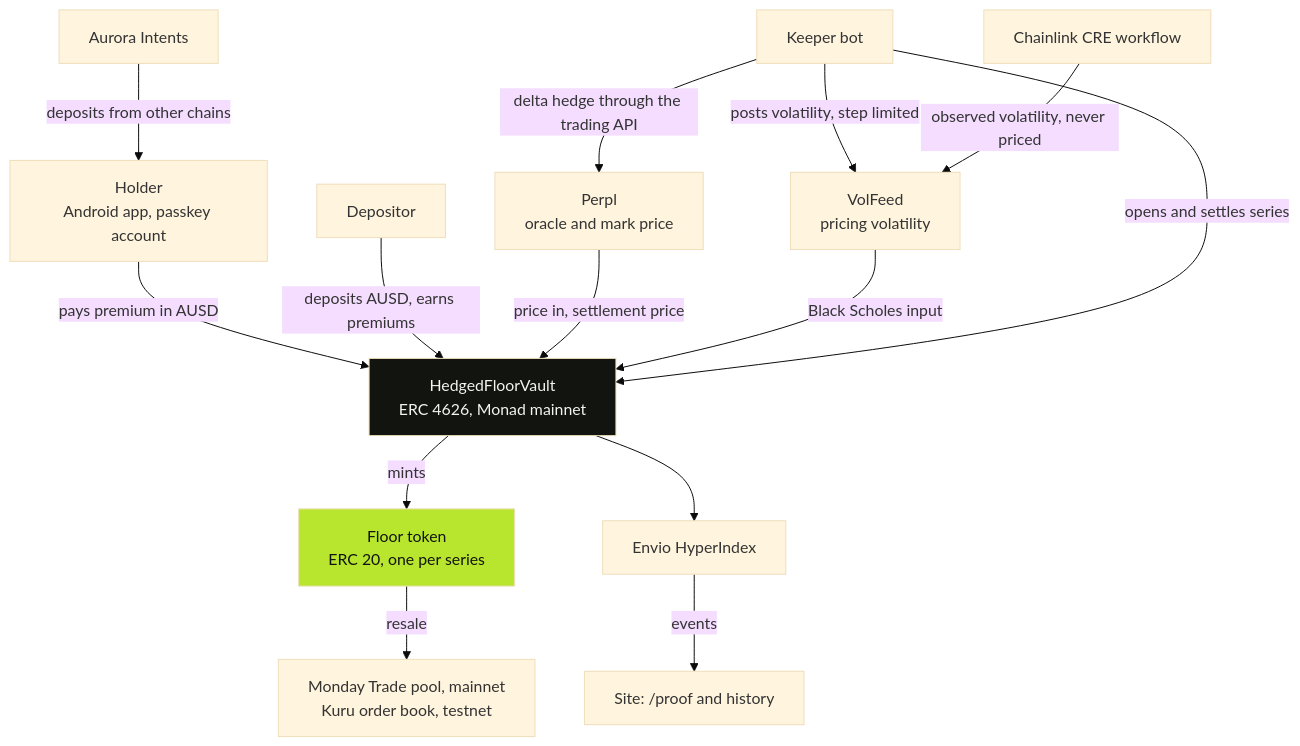
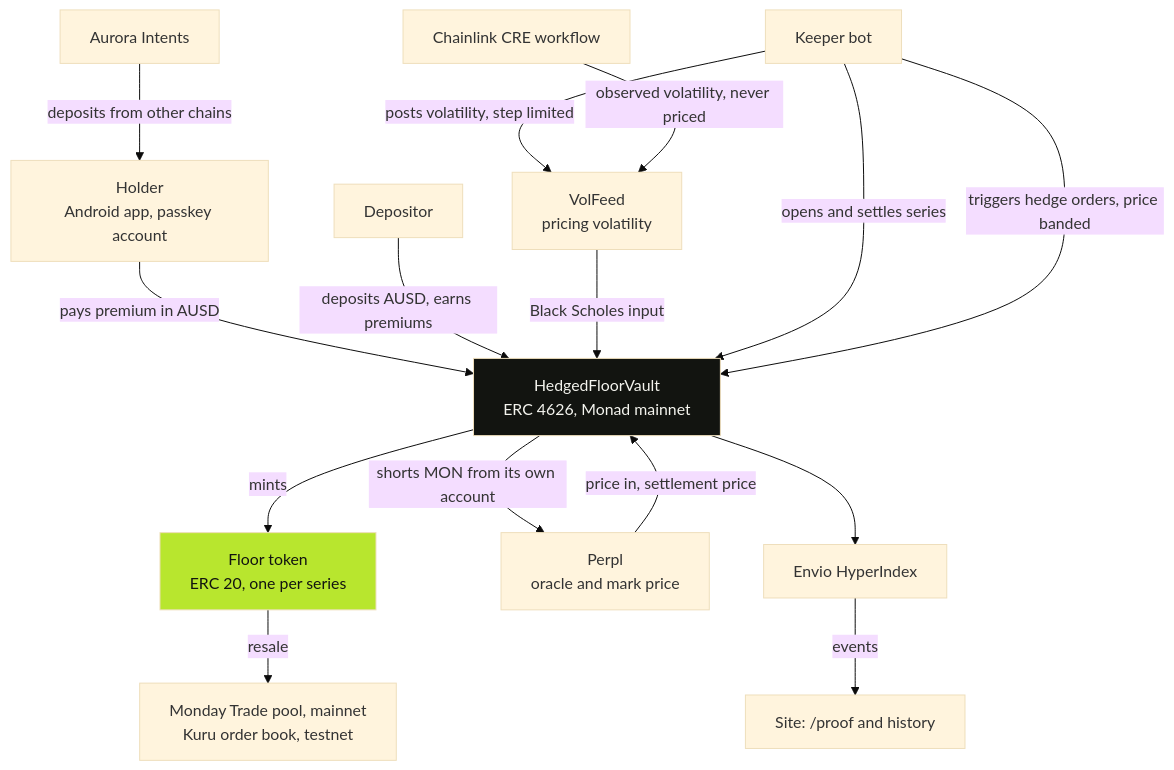
The diagram in README.md (jenzylove/floorline), drawn with Mermaid (base theme) before and after one commit. The commit also changed other lines of this file and 5 other files, not shown here.

````diff
--- a/README.md
+++ b/README.md
@@ -77,19 +77,20 @@
 ```mermaid
 flowchart TD
     U[Holder<br/>Android app, passkey account] -->|pays premium in AUSD| V[HedgedFloorVault<br/>ERC 4626, Monad mainnet]
     D[Depositor] -->|deposits AUSD, earns premiums| V
     V -->|mints| T[Floor token<br/>ERC 20, one per series]
     P[Perpl<br/>oracle and mark price] -->|price in, settlement price| V
     VF[VolFeed<br/>pricing volatility] -->|Black Scholes input| V
     K[Keeper bot] -->|posts volatility, step limited| VF
     K -->|opens and settles series| V
-    K -->|delta hedge through the trading API| P
+    K -->|triggers hedge orders, price banded| V
+    V -->|shorts MON from its own account| P
     C[Chainlink CRE workflow] -->|observed volatility, never priced| VF
     T -->|resale| M[Monday Trade pool, mainnet<br/>Kuru order book, testnet]
     A[Aurora Intents] -->|deposits from other chains| U
     E[Envio HyperIndex] -->|events| W[Site: /proof and history]
     V --> E
 
     style V fill:#121410,color:#f4f4ee
     style T fill:#b8e62e,color:#121410
 ```
````
